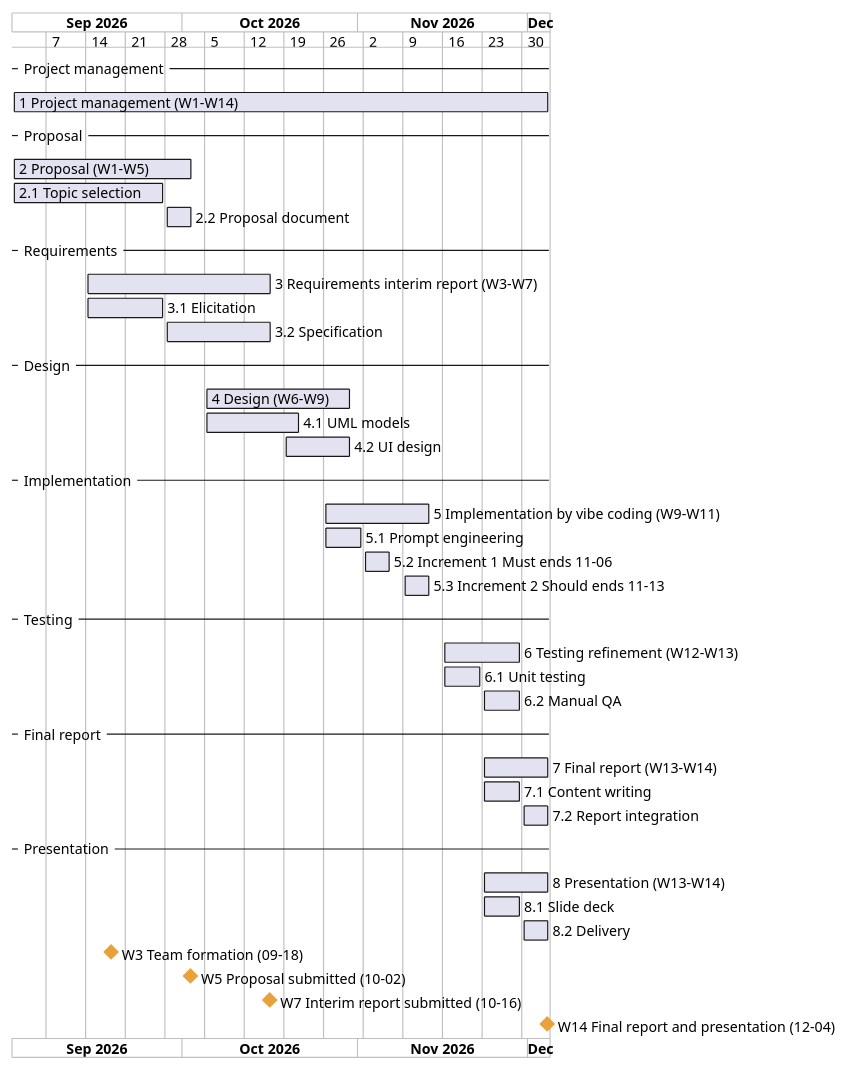
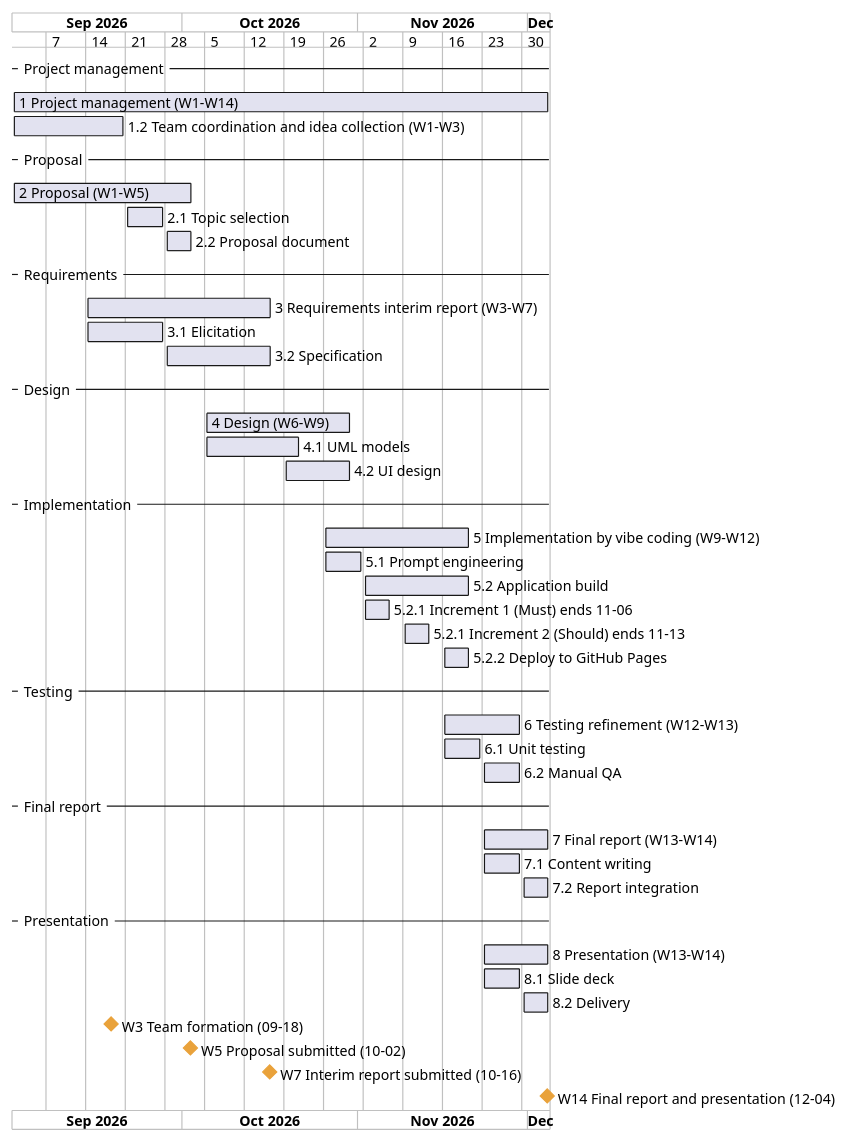
Before and after one commit to keemlogan/shiftswap: the diagram in uml/src/gantt.puml, drawn with PlantUML. The commit also changed 95 other files, not shown here.

Commit message:
Iteration 3: v3 UI, tests 62, UML aligned with code, report chapters 1-6 and 8, prompt v4 written

```diff
--- a/uml/src/gantt.puml
+++ b/uml/src/gantt.puml
@@ -1,84 +1,91 @@
 @startgantt gantt
 !pragma layout smetana
 skinparam defaultFontName "Helvetica"
 skinparam defaultFontSize 12
 skinparam shadowing false
 skinparam backgroundColor #FFFFFF
 skinparam ganttDiagram {
   BackgroundColor #FFFFFF
   BarColor #DDE1E8
   BarFontColor #1C2230
   progressColor #4A5163
   milestoneBackgroundColor #E9A23B
   milestoneFontColor #1C2230
   TimelineBackgroundColor #FFFFFF
   TodayLineColor #C93A31
 }
 
 Project starts 2026-09-01
 printscale weekly with calendar date
 language en
 
 ' Project weeks per spec.md §14: week n starts Monday 2026-08-31 + 7(n-1);
-' W14 is truncated, ending Friday 2026-12-04 (not the usual Sunday).
+' every week (including W14) is a normal Mon-Sun span. The course's final
+' deadline (final report & presentation) is Friday 2026-12-04, inside W14 -
+' not the week's own end (2026-12-06) - so task/milestone bars below that
+' represent deliverables end on 12-04, the deadline date, not on W14's
+' calendar boundary.
 ' W1 08-31..09-06  W2 09-07..09-13  W3 09-14..09-20  W4 09-21..09-27
 ' W5 09-28..10-04  W6 10-05..10-11  W7 10-12..10-18  W8 10-19..10-25
 ' W9 10-26..11-01  W10 11-02..11-08 W11 11-09..11-15 W12 11-16..11-22
-' W13 11-23..11-29 W14 11-30..12-04 (Friday close)
+' W13 11-23..11-29 W14 11-30..12-06 (deadline Fri 12-04)
 
 -- Project management --
 [1 Project management (W1-W14)] starts 2026-09-01 and ends 2026-12-04
+[1.2 Team coordination and idea collection (W1-W3)] starts 2026-09-01 and ends 2026-09-20
 
 -- Proposal --
 [2 Proposal (W1-W5)] starts 2026-09-01 and ends 2026-10-02
-[2.1 Topic selection] starts 2026-09-01 and ends 2026-09-27
+[2.1 Topic selection] starts 2026-09-21 and ends 2026-09-27
 [2.2 Proposal document] starts 2026-09-28 and ends 2026-10-02
 
 -- Requirements --
 [3 Requirements interim report (W3-W7)] starts 2026-09-14 and ends 2026-10-16
 [3.1 Elicitation] starts 2026-09-14 and ends 2026-09-27
 [3.2 Specification] starts 2026-09-28 and ends 2026-10-16
 
 -- Design --
 [4 Design (W6-W9)] starts 2026-10-05 and ends 2026-10-30
 [4.1 UML models] starts 2026-10-05 and ends 2026-10-21
 [4.2 UI design] starts 2026-10-19 and ends 2026-10-30
 
 -- Implementation --
-[5 Implementation by vibe coding (W9-W11)] starts 2026-10-26 and ends 2026-11-13
+[5 Implementation by vibe coding (W9-W12)] starts 2026-10-26 and ends 2026-11-20
 [5.1 Prompt engineering] starts 2026-10-26 and ends 2026-11-01
-[5.2 Increment 1 Must ends 11-06] starts 2026-11-02 and ends 2026-11-06
-[5.3 Increment 2 Should ends 11-13] starts 2026-11-09 and ends 2026-11-13
+[5.2 Application build] starts 2026-11-02 and ends 2026-11-20
+[5.2.1 Increment 1 (Must) ends 11-06] starts 2026-11-02 and ends 2026-11-06
+[5.2.1 Increment 2 (Should) ends 11-13] starts 2026-11-09 and ends 2026-11-13
+[5.2.2 Deploy to GitHub Pages] starts 2026-11-16 and ends 2026-11-20
 
 -- Testing --
 [6 Testing refinement (W12-W13)] starts 2026-11-16 and ends 2026-11-29
 [6.1 Unit testing] starts 2026-11-16 and ends 2026-11-22
 [6.2 Manual QA] starts 2026-11-23 and ends 2026-11-29
 
 -- Final report --
 [7 Final report (W13-W14)] starts 2026-11-23 and ends 2026-12-04
 [7.1 Content writing] starts 2026-11-23 and ends 2026-11-29
 [7.2 Report integration] starts 2026-11-30 and ends 2026-12-04
 
 -- Presentation --
 [8 Presentation (W13-W14)] starts 2026-11-23 and ends 2026-12-04
 [8.1 Slide deck] starts 2026-11-23 and ends 2026-11-29
 [8.2 Delivery] starts 2026-11-30 and ends 2026-12-04
 
 [W3 Team formation (09-18)] happens 2026-09-18
 [W3 Team formation (09-18)] is colored in #E9A23B
 
 [W5 Proposal submitted (10-02)] happens 2026-10-02
 [W5 Proposal submitted (10-02)] is colored in #E9A23B
 
 [W7 Interim report submitted (10-16)] happens 2026-10-16
 [W7 Interim report submitted (10-16)] is colored in #E9A23B
 
 [W14 Final report and presentation (12-04)] happens 2026-12-04
 [W14 Final report and presentation (12-04)] is colored in #E9A23B
 
 ' (no explicit dependency arrows into the milestones: their connector lines
 ' were rendering on top of the milestone text and corrupting it visually;
 ' the milestone diamonds already sit at the correct calendar date on the
 ' shared axis, so the arrows added clutter without adding information)
 @endgantt
```
